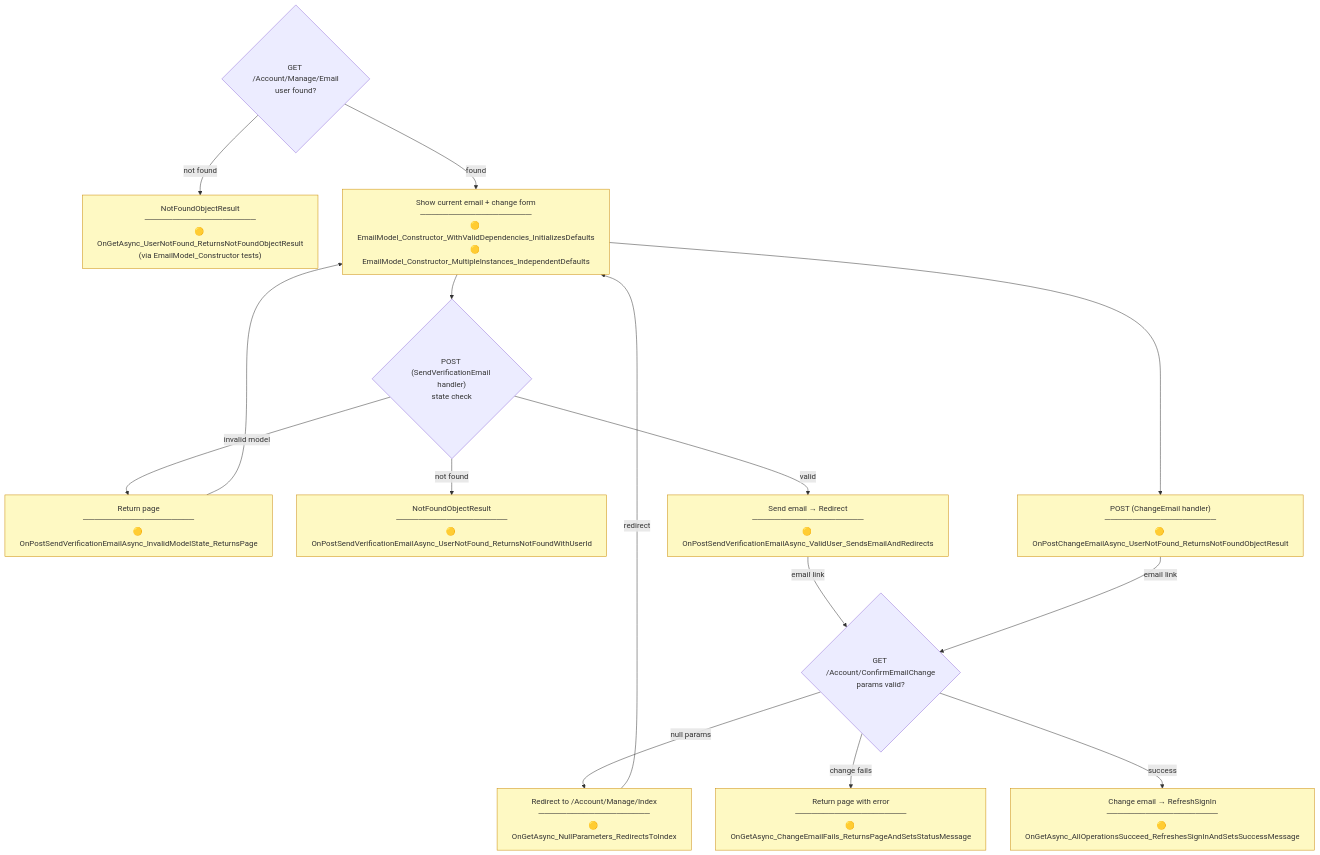
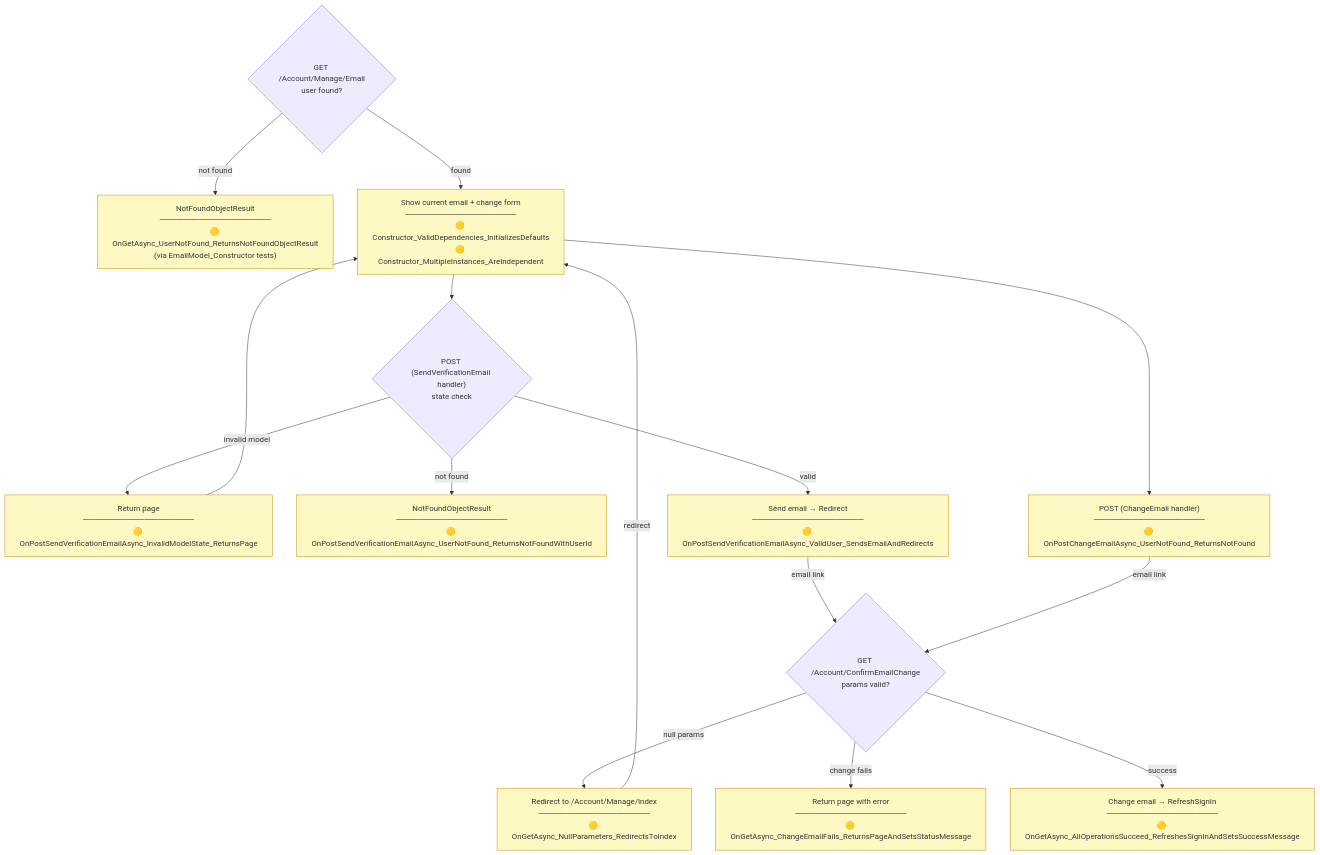
Before and after one commit to crgolden/Identity: the ninth of 16 diagrams in TESTING.md, drawn with Mermaid. The commit also changed other lines of this file and 54 other files, not shown here.

````diff
--- a/TESTING.md
+++ b/TESTING.md
@@ -690,45 +690,45 @@
 ```mermaid
 flowchart TD
     classDef covered fill:#bbf7d0,stroke:#15803d
     classDef unitOnly fill:#fef9c3,stroke:#ca8a04
     classDef partial fill:#fed7aa,stroke:#ea580c
 
     EmailGET{"GET /Account/Manage/Email\nuser found?"}
 
     EmailNotFound["NotFoundObjectResult\n────────────────────\n🟡 OnGetAsync_UserNotFound_ReturnsNotFoundObjectResult\n(via EmailModel_Constructor tests)"]:::unitOnly
 
-    EmailPage["Show current email + change form\n────────────────────\n🟡 EmailModel_Constructor_WithValidDependencies_InitializesDefaults\n🟡 EmailModel_Constructor_MultipleInstances_IndependentDefaults"]:::unitOnly
+    EmailPage["Show current email + change form\n────────────────────\n🟡 Constructor_ValidDependencies_InitializesDefaults\n🟡 Constructor_MultipleInstances_AreIndependent"]:::unitOnly
 
     SendVerifPOST{"POST (SendVerificationEmail handler)\nstate check"}
 
     SendVerifInvalid["Return page\n────────────────────\n🟡 OnPostSendVerificationEmailAsync_InvalidModelState_ReturnsPage"]:::unitOnly
 
     SendVerifNotFound["NotFoundObjectResult\n────────────────────\n🟡 OnPostSendVerificationEmailAsync_UserNotFound_ReturnsNotFoundWithUserId"]:::unitOnly
 
     SendVerifSuccess["Send email → Redirect\n────────────────────\n🟡 OnPostSendVerificationEmailAsync_ValidUser_SendsEmailAndRedirects"]:::unitOnly
 
-    ChangeEmailPOST["POST (ChangeEmail handler)\n────────────────────\n🟡 OnPostChangeEmailAsync_UserNotFound_ReturnsNotFoundObjectResult"]:::unitOnly
+    ChangeEmailPOST["POST (ChangeEmail handler)\n────────────────────\n🟡 OnPostChangeEmailAsync_UserNotFound_ReturnsNotFound"]:::unitOnly
 
     ConfirmEmailChangeGET{"GET /Account/ConfirmEmailChange\nparams valid?"}
 
     ConfirmNull["Redirect to /Account/Manage/Index\n────────────────────\n🟡 OnGetAsync_NullParameters_RedirectsToIndex"]:::unitOnly
 
     ConfirmChangeFails["Return page with error\n────────────────────\n🟡 OnGetAsync_ChangeEmailFails_ReturnsPageAndSetsStatusMessage"]:::unitOnly
 
     ConfirmChangeSuccess["Change email → RefreshSignIn\n────────────────────\n🟡 OnGetAsync_AllOperationsSucceed_RefreshesSignInAndSetsSuccessMessage"]:::unitOnly
 
     EmailGET -->|"not found"| EmailNotFound
     EmailGET -->|"found"| EmailPage
     EmailPage --> SendVerifPOST
     EmailPage --> ChangeEmailPOST
     SendVerifPOST -->|"invalid model"| SendVerifInvalid
     SendVerifInvalid --> EmailPage
     SendVerifPOST -->|"not found"| SendVerifNotFound
     SendVerifPOST -->|"valid"| SendVerifSuccess
     SendVerifSuccess -->|"email link"| ConfirmEmailChangeGET
     ChangeEmailPOST -->|"email link"| ConfirmEmailChangeGET
     ConfirmEmailChangeGET -->|"null params"| ConfirmNull
     ConfirmNull -->|"redirect"| EmailPage
     ConfirmEmailChangeGET -->|"change fails"| ConfirmChangeFails
     ConfirmEmailChangeGET -->|"success"| ConfirmChangeSuccess
 ```
````
